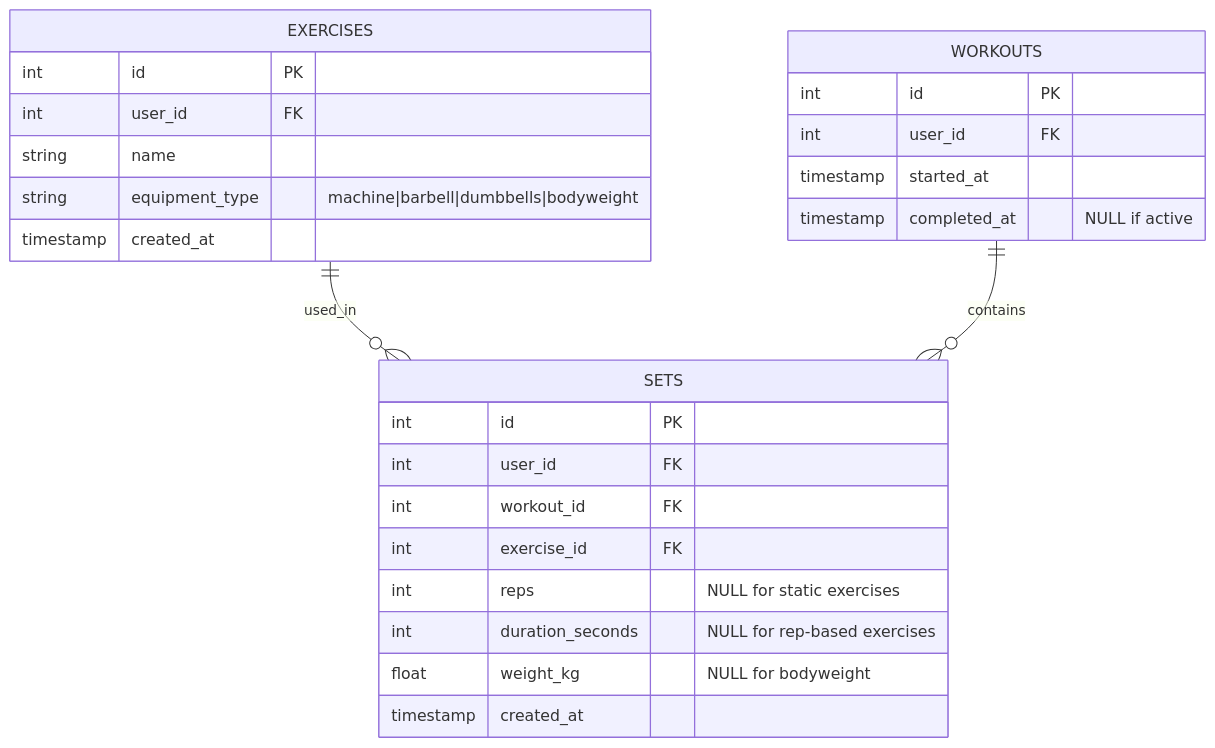
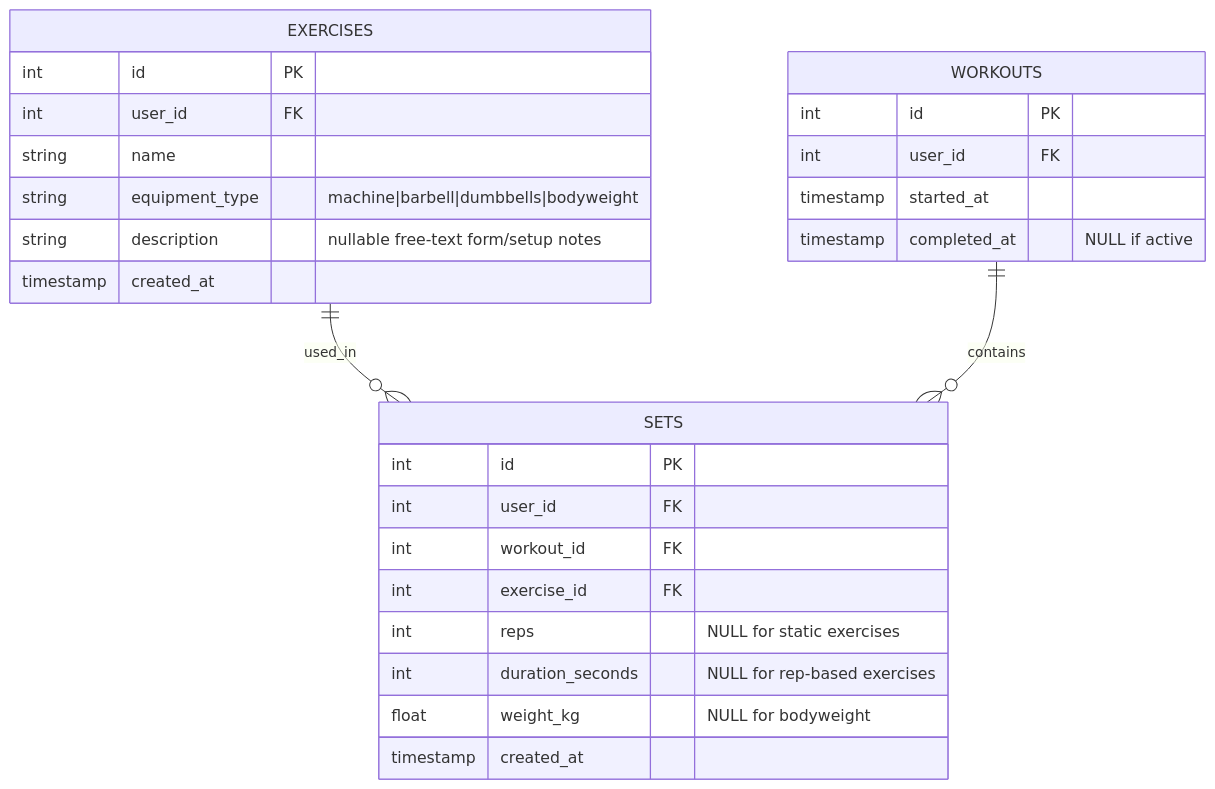
The first of 6 diagrams in docs/functions/workout-spec.md (rusinikita/personal), drawn with Mermaid before and after one commit. The commit also changed other lines of this file and 12 other files, not shown here.

````diff
--- a/docs/functions/workout-spec.md
+++ b/docs/functions/workout-spec.md
@@ -30,31 +31,32 @@
 ```mermaid
 erDiagram
     EXERCISES ||--o{ SETS : "used_in"
     WORKOUTS ||--o{ SETS : "contains"
     
     EXERCISES {
         int id PK
         int user_id FK
         string name
         string equipment_type "machine|barbell|dumbbells|bodyweight"
+        string description "nullable free-text form/setup notes"
         timestamp created_at
     }
     
     WORKOUTS {
         int id PK
         int user_id FK
         timestamp started_at
         timestamp completed_at "NULL if active"
     }
     
     SETS {
         int id PK
         int user_id FK
         int workout_id FK
         int exercise_id FK
         int reps "NULL for static exercises"
         int duration_seconds "NULL for rep-based exercises"
         float weight_kg "NULL for bodyweight"
         timestamp created_at
     }
 ```
````
